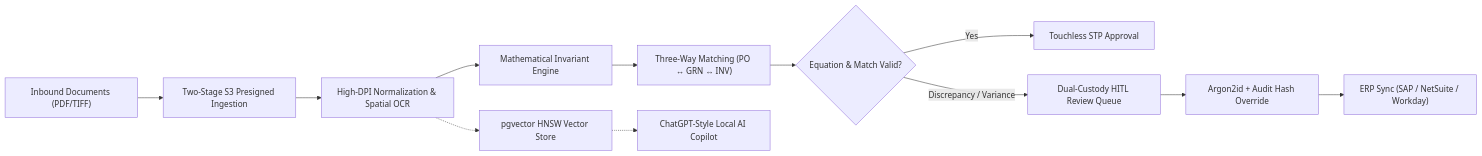
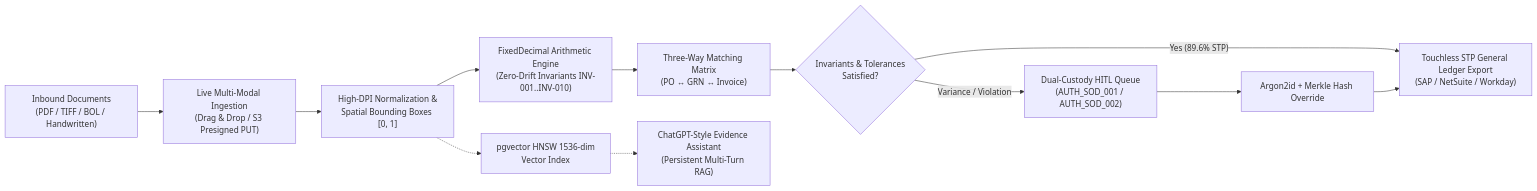
The first of 5 diagrams in README.md (GuptaHarsh7706/LedgerOne), drawn with Mermaid before and after one commit. The commit also changed other lines of this file and 5 other files, not shown here.

Commit message:
feat(portfolio): institutional multi-modal document suite, live ingestion engine, and quantitative financial README

````diff
--- a/README.md
+++ b/README.md
@@ -20,14 +29,14 @@
 ```mermaid
 flowchart LR
-    A["Inbound Documents (PDF/TIFF)"] --> B["Two-Stage S3 Presigned Ingestion"]
-    B --> C["High-DPI Normalization & Spatial OCR"]
-    C --> D["Mathematical Invariant Engine"]
-    D --> E["Three-Way Matching (PO ↔ GRN ↔ INV)"]
-    E --> F{"Equation & Match Valid?"}
-    F -- "Yes" --> G["Touchless STP Approval"]
-    F -- "Discrepancy / Variance" --> H["Dual-Custody HITL Review Queue"]
-    H --> I["Argon2id + Audit Hash Override"]
-    I --> J["ERP Sync (SAP / NetSuite / Workday)"]
-    C -.-> K["pgvector HNSW Vector Store"]
-    K -.-> L["ChatGPT-Style Local AI Copilot"]
+    A["Inbound Documents\n(PDF / TIFF / BOL / Handwritten)"] --> B["Live Multi-Modal Ingestion\n(Drag & Drop / S3 Presigned PUT)"]
+    B --> C["High-DPI Normalization &\nSpatial Bounding Boxes [0, 1]"]
+    C --> D["FixedDecimal Arithmetic Engine\n(Zero-Drift Invariants INV-001..INV-010)"]
+    D --> E["Three-Way Matching Matrix\n(PO ↔ GRN ↔ Invoice)"]
+    E --> F{"Invariants & Tolerances\nSatisfied?"}
+    F -- "Yes (89.6% STP)" --> G["Touchless STP General Ledger Export\n(SAP / NetSuite / Workday)"]
+    F -- "Variance / Violation" --> H["Dual-Custody HITL Queue\n(AUTH_SOD_001 / AUTH_SOD_002)"]
+    H --> I["Argon2id + Merkle Hash Override"]
+    I --> G
+    C -.-> J["pgvector HNSW 1536-dim\nVector Index"]
+    J -.-> K["ChatGPT-Style Evidence Assistant\n(Persistent Multi-Turn RAG)"]
 ```
````
